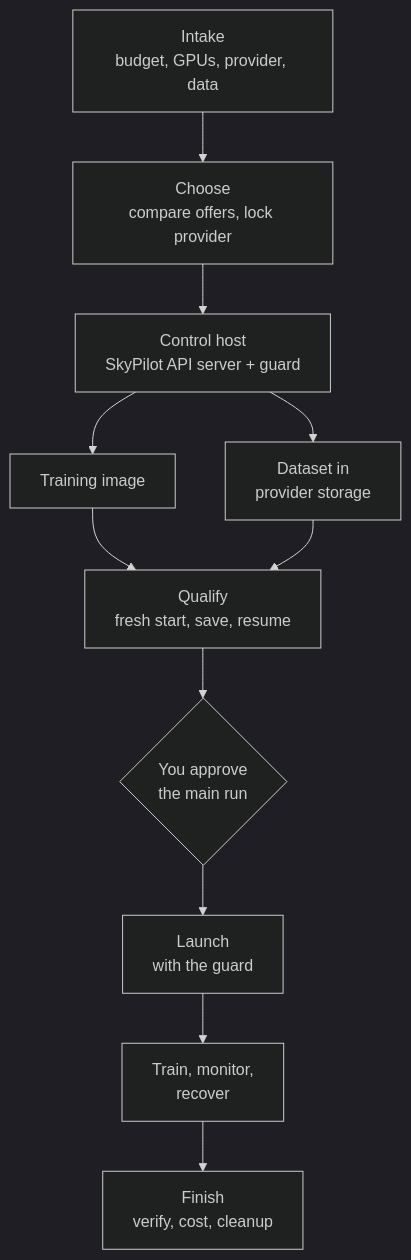
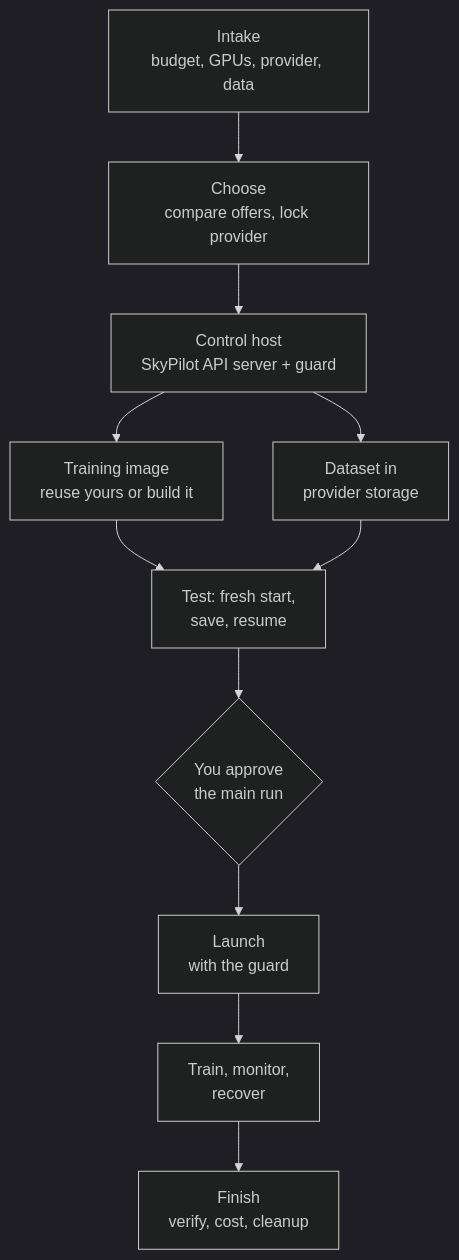
The first of 2 diagrams in README.md (FrostyAlien/spot-train-agent), drawn with Mermaid (dark theme) before and after one commit. The commit also changed other lines of this file and 6 other files, not shown here.

First line of the commit message:
image: start from an existing image, default build machine, optional local test (v0.9.5)

````diff
--- a/README.md
+++ b/README.md
@@ -91,13 +91,13 @@
 ```mermaid
 flowchart TB
   intake["Intake<br/>budget, GPUs, provider, data"] --> choose["Choose<br/>compare offers, lock provider"]
   choose --> ctrl["Control host<br/>SkyPilot API server + guard"]
-  ctrl --> image["Training image"]
+  ctrl --> image["Training image<br/>reuse yours or build it"]
   ctrl --> data["Dataset in<br/>provider storage"]
-  image --> qualify["Qualify<br/>fresh start, save, resume"]
+  image --> qualify["Test: fresh start,<br/>save, resume"]
   data --> qualify
   qualify --> approve{"You approve<br/>the main run"}
   approve --> launch["Launch<br/>with the guard"]
   launch --> loop["Train, monitor,<br/>recover"]
   loop --> finish["Finish<br/>verify, cost, cleanup"]
 ```
````
